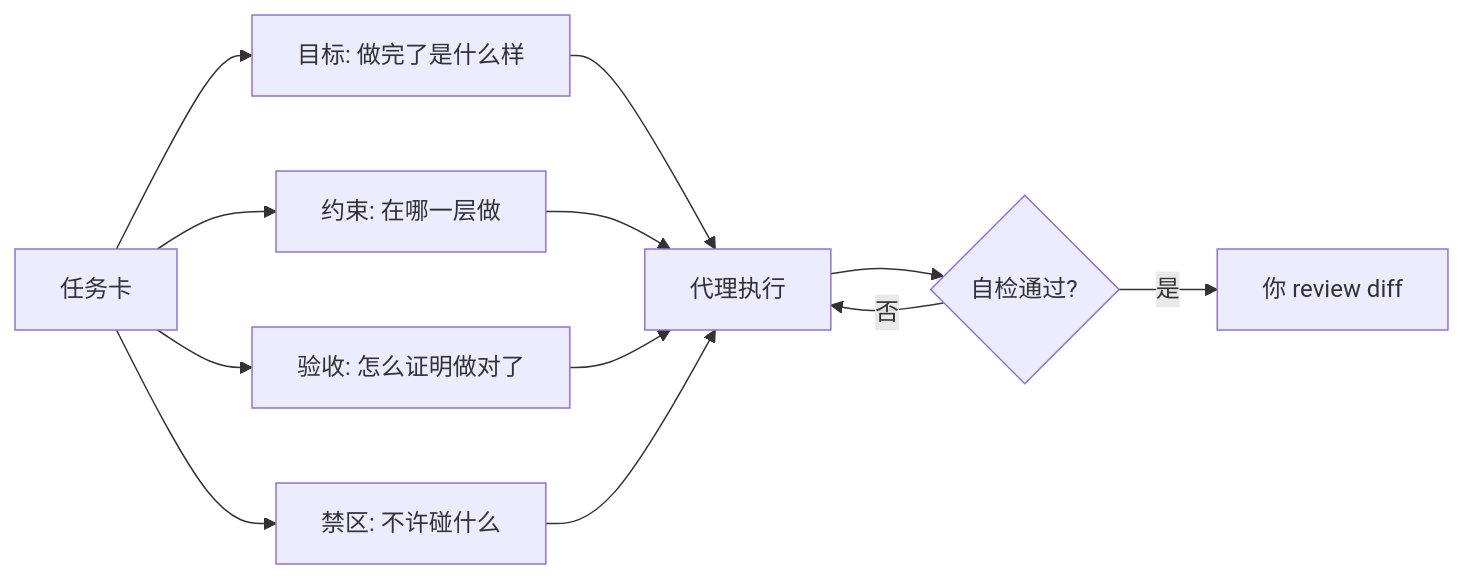
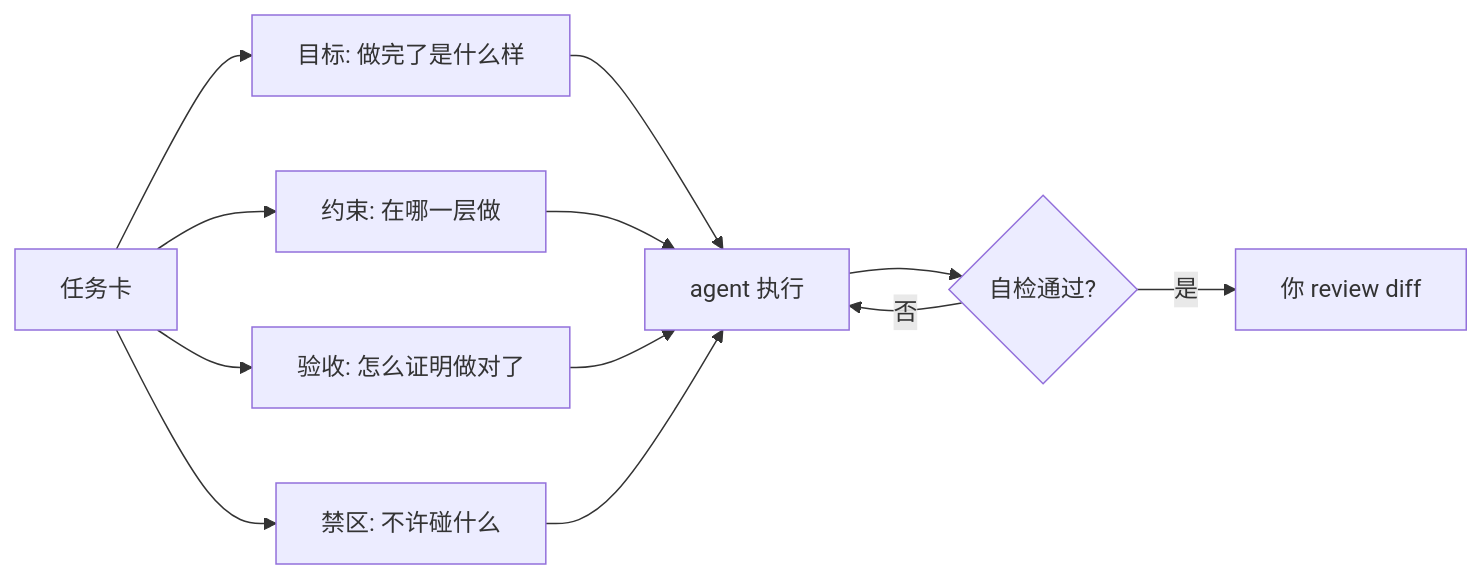
One commit to fxjs/ai-coding-agents-book changed the diagram in book/03-first-task.md. Above: the diagram before and after it, drawn with Mermaid. The commit also changed other lines of this file and 29 other files, not shown here.

````diff
--- a/book/03-first-task.md
+++ b/book/03-first-task.md
@@ -52,14 +52,14 @@
 ```mermaid
 flowchart LR
   A[任务卡] --> B1[目标: 做完了是什么样]
   A --> B2[约束: 在哪一层做]
   A --> B3[验收: 怎么证明做对了]
   A --> B4[禁区: 不许碰什么]
-  B1 --> C[代理执行]
+  B1 --> C[agent 执行]
   B2 --> C
   B3 --> C
   B4 --> C
   C --> D{自检通过?}
   D -->|否| C
   D -->|是| E[你 review diff]
 ```
````
